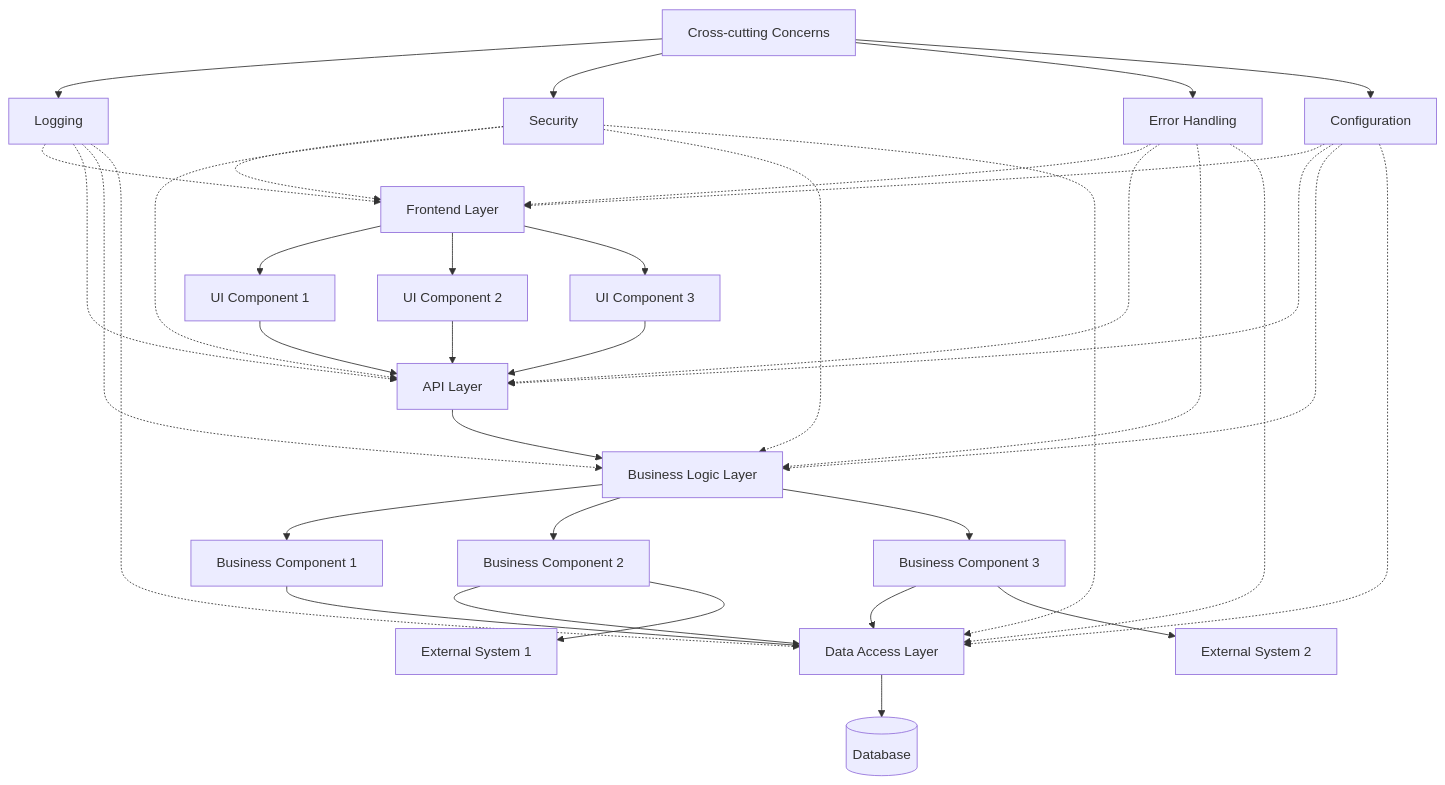
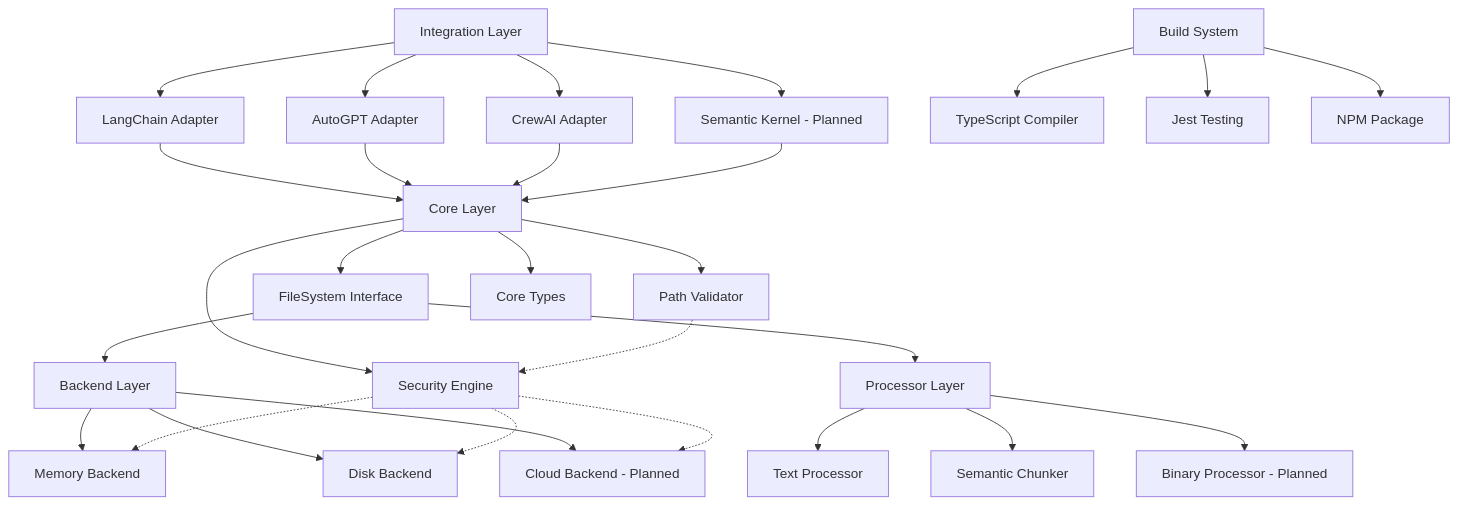
One commit to sorcerai/PackFS changed the first of 4 diagrams in context-network/architecture/component_map.md. Above: the diagram before and after it, drawn with Mermaid. The commit also changed other lines of this file and 15 other files, not shown here.

First line of the commit message:
Refine documentation and roadmap for PackFS project

````diff
--- a/context-network/architecture/component_map.md
+++ b/context-network/architecture/component_map.md
@@ -18,59 +18,48 @@
 ```mermaid
 flowchart TD
-    %% Frontend Components
-    Frontend[Frontend Layer]
-    Frontend --> UI1[UI Component 1]
-    Frontend --> UI2[UI Component 2]
-    Frontend --> UI3[UI Component 3]
+    %% Core Layer
+    Core[Core Layer]
+    Core --> FSI[FileSystem Interface]
+    Core --> SEC[Security Engine]
+    Core --> PV[Path Validator]
+    Core --> Types[Core Types]
     
-    %% API Layer
-    API[API Layer]
-    UI1 --> API
-    UI2 --> API
-    UI3 --> API
+    %% Backend Layer
+    Backend[Backend Layer]
+    FSI --> Backend
+    Backend --> MB[Memory Backend]
+    Backend --> DB[Disk Backend]
+    Backend --> CB[Cloud Backend - Planned]
     
-    %% Business Logic Components
-    BL[Business Logic Layer]
-    API --> BL
-    BL --> BL1[Business Component 1]
-    BL --> BL2[Business Component 2]
-    BL --> BL3[Business Component 3]
+    %% Processor Layer
+    Processor[Processor Layer]
+    FSI --> Processor
+    Processor --> TP[Text Processor]
+    Processor --> SC[Semantic Chunker]
+    Processor --> BP[Binary Processor - Planned]
     
-    %% Data Access Components
-    DAL[Data Access Layer]
-    BL1 --> DAL
-    BL2 --> DAL
-    BL3 --> DAL
-    DAL --> DB[(Database)]
-    
-    %% External Integrations
-    BL2 --> EXT1[External System 1]
-    BL3 --> EXT2[External System 2]
+    %% Integration Layer
+    Integration[Integration Layer]
+    Integration --> LC[LangChain Adapter]
+    Integration --> AG[AutoGPT Adapter]
+    Integration --> CA[CrewAI Adapter]
+    Integration --> SK[Semantic Kernel - Planned]
     
     %% Cross-cutting Concerns
-    CC[Cross-cutting Concerns]
-    CC --> CC1[Logging]
-    CC --> CC2[Security]
-    CC --> CC3[Error Handling]
-    CC --> CC4[Configuration]
+    SEC -.-> MB
+    SEC -.-> DB
+    SEC -.-> CB
+    PV -.-> SEC
     
-    CC1 -.-> Frontend
-    CC1 -.-> API
-    CC1 -.-> BL
-    CC1 -.-> DAL
+    %% Integration Dependencies
+    LC --> Core
+    AG --> Core
+    CA --> Core
+    SK --> Core
     
-    CC2 -.-> Frontend
-    CC2 -.-> API
-    CC2 -.-> BL
-    CC2 -.-> DAL
-    
-    CC3 -.-> Frontend
-    CC3 -.-> API
-    CC3 -.-> BL
-    CC3 -.-> DAL
-    
-    CC4 -.-> Frontend
-    CC4 -.-> API
-    CC4 -.-> BL
-    CC4 -.-> DAL
+    %% Build System
+    Build[Build System]
+    Build --> TSC[TypeScript Compiler]
+    Build --> Jest[Jest Testing]
+    Build --> NPM[NPM Package]
 ```
````
